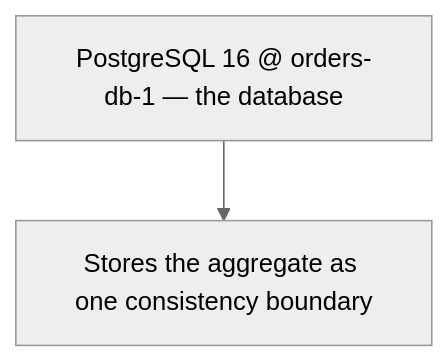
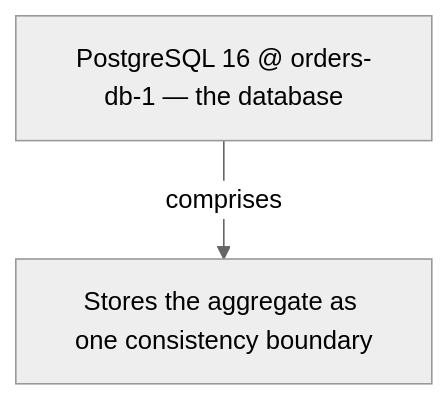
The seventh of 13 diagrams in docs/ch16-aggregate.md (vinayakuber/microservices-io-study-guide), drawn with Mermaid (neutral theme) before and after one commit. The commit also changed other lines of this file and 71 other files, not shown here.

First line of the commit message:
R18: label every diagram arrow with its meaning

````diff
--- a/docs/ch16-aggregate.md
+++ b/docs/ch16-aggregate.md
@@ -217,5 +217,5 @@
 ```mermaid
 flowchart TD
   R["PostgreSQL 16 @ orders-db-1 — the database"]
-  R --> P0["Stores the aggregate as one consistency boundary"]
+  R -->|"comprises"| P0["Stores the aggregate as one consistency boundary"]
 ```
````
